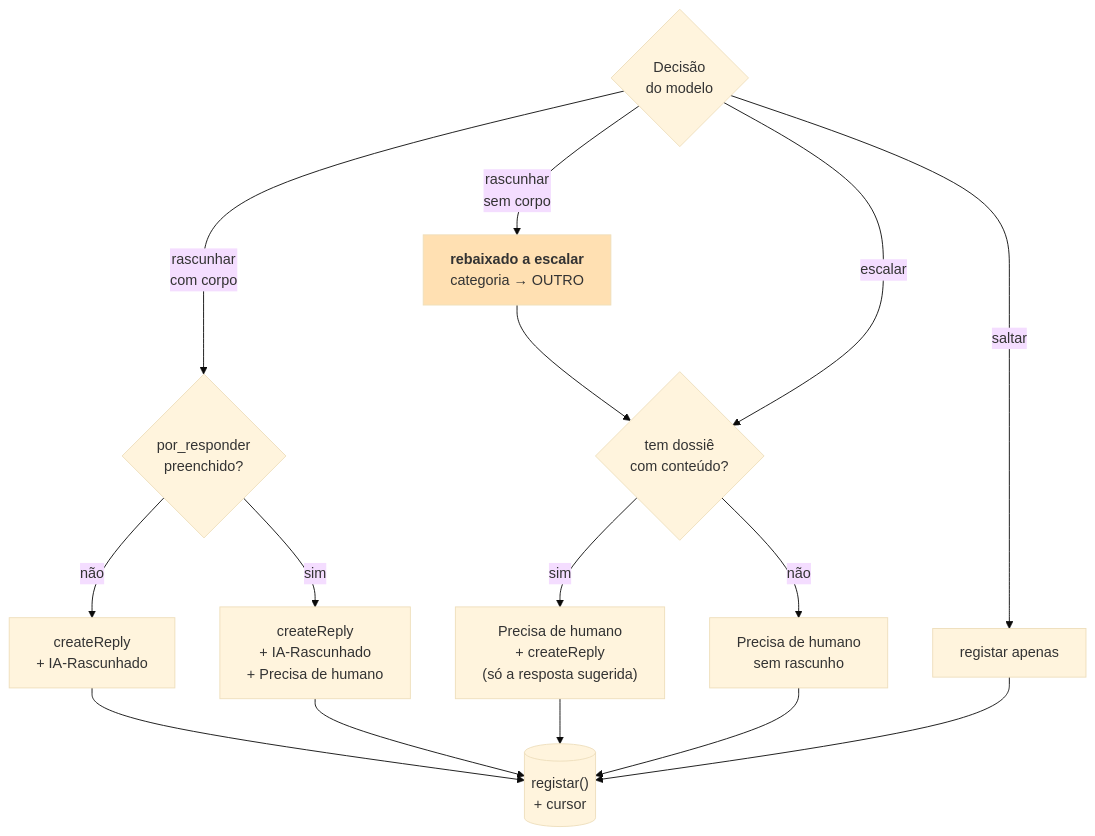
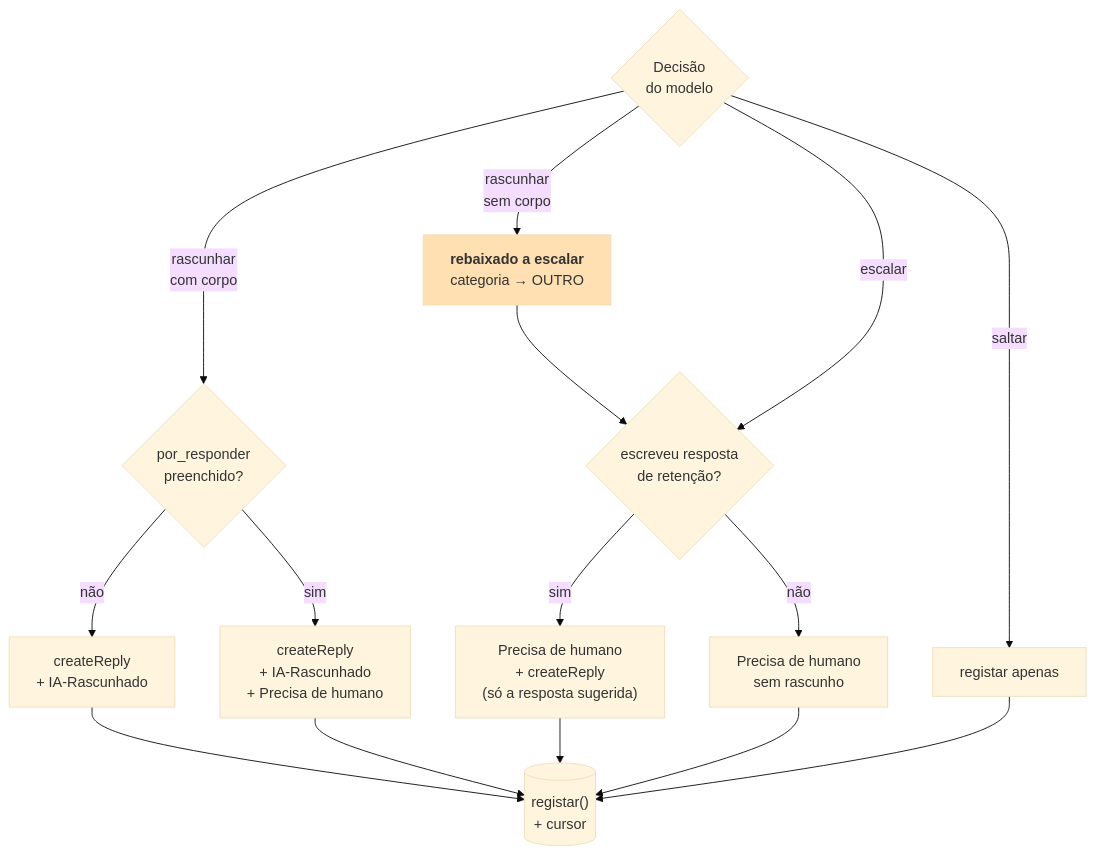
Before and after one commit to joaocarvalhini/Outlook-Reply-Assistant: the third of 3 diagrams in docs/02-architecture/end-to-end-flow.md, drawn with Mermaid (base theme). The commit also changed other lines of this file and 21 other files, not shown here.

````diff
--- a/docs/02-architecture/end-to-end-flow.md
+++ b/docs/02-architecture/end-to-end-flow.md
@@ -160,21 +160,21 @@
 ```mermaid
 flowchart TD
     D{"Decisão<br/>do modelo"}
 
     D -->|rascunhar<br/>com corpo| R1{"por_responder<br/>preenchido?"}
     R1 -->|não| R2["createReply<br/>+ IA-Rascunhado"]
     R1 -->|sim| R3["createReply<br/>+ IA-Rascunhado<br/>+ Precisa de humano"]
 
     D -->|rascunhar<br/>sem corpo| X["<b>rebaixado a escalar</b><br/>categoria → OUTRO"]
     X --> E1
 
-    D -->|escalar| E1{"tem dossiê<br/>com conteúdo?"}
+    D -->|escalar| E1{"escreveu resposta<br/>de retenção?"}
     E1 -->|sim| E2["Precisa de humano<br/>+ createReply<br/>(só a resposta sugerida)"]
     E1 -->|não| E3["Precisa de humano<br/>sem rascunho"]
 
     D -->|saltar| S["registar apenas"]
 
     R2 & R3 & E2 & E3 & S --> REG[("registar()<br/>+ cursor")]
 
     style X fill:#ffe0b2
 ```
````
